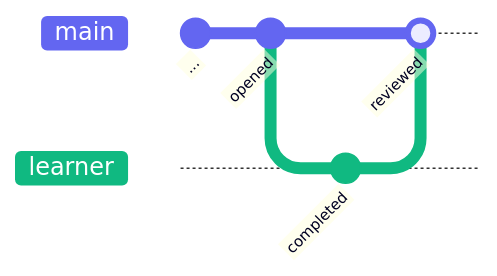
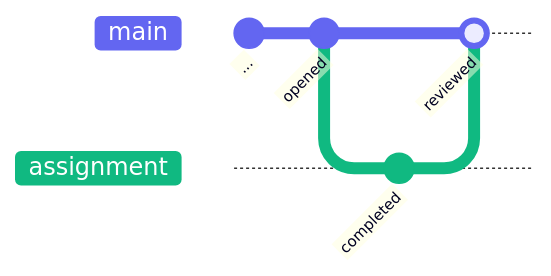
One commit to d33bs/set-website changed the third of 4 diagrams in _posts/2023-02-13-Branch-Review-and-Learn.md. Above: the diagram before and after it, drawn with Mermaid. The commit also changed other lines of this file, not shown here.

Commit message:
student and assignment language updates

```diff
--- a/_posts/2023-02-13-Branch-Review-and-Learn.md
+++ b/_posts/2023-02-13-Branch-Review-and-Learn.md
@@ -87,15 +87,15 @@
 <pre class="mermaid">
 %%{init: { 'logLevel': 'debug', 'theme': 'default' , 'themeVariables': {
       'git0': '#6366F1',
       'git1': '#10B981',
       'gitBranchLabel1': '#ffffff'
 } } }%%
     gitGraph
        commit id: "..."
        commit id: "opened"
-       branch learner
-       checkout learner
+       branch assignment
+       checkout assignment
        commit id: "completed"
        checkout main
-       merge learner id: "reviewed"
+       merge assignment id: "reviewed"
 </pre>
```
